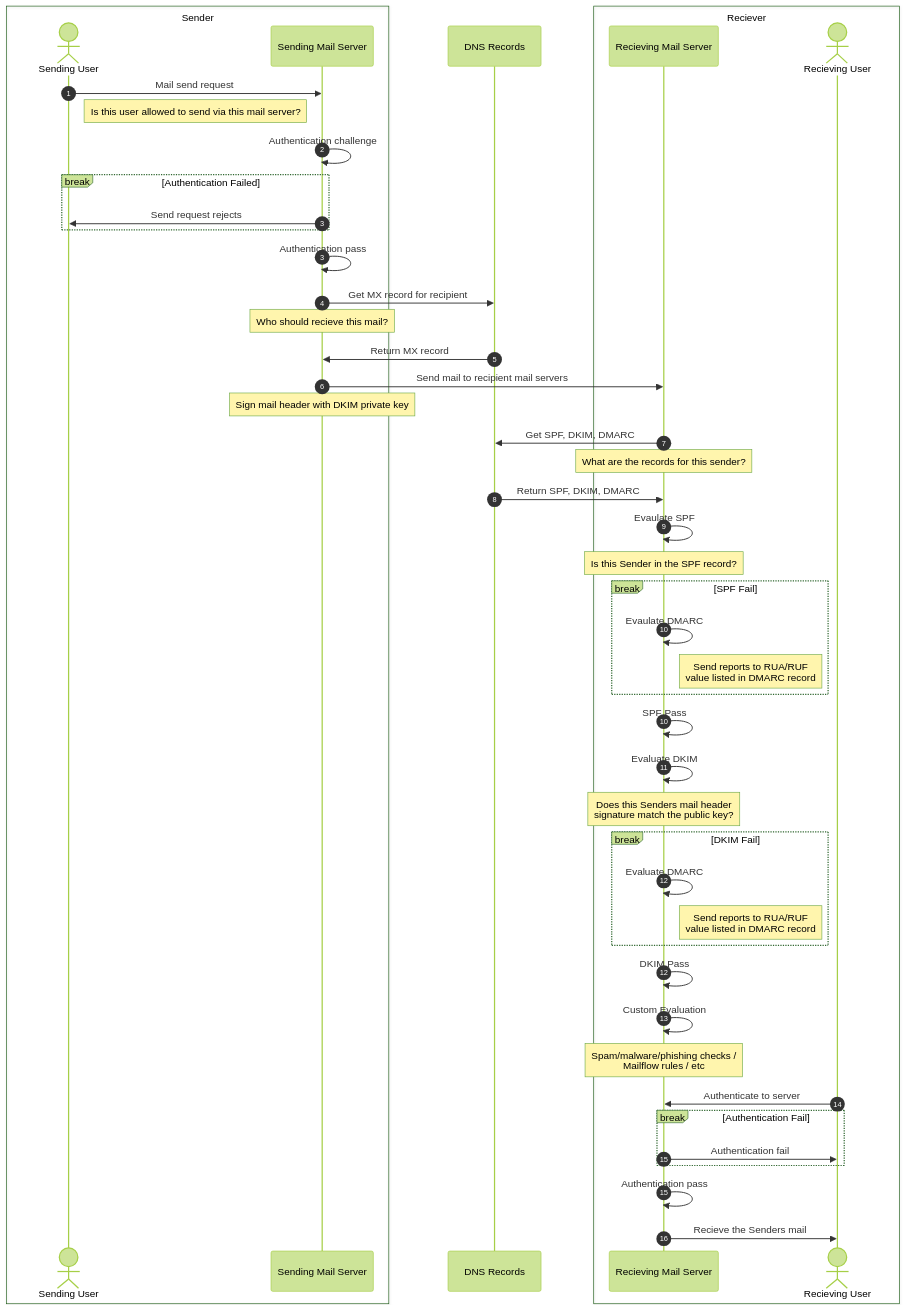
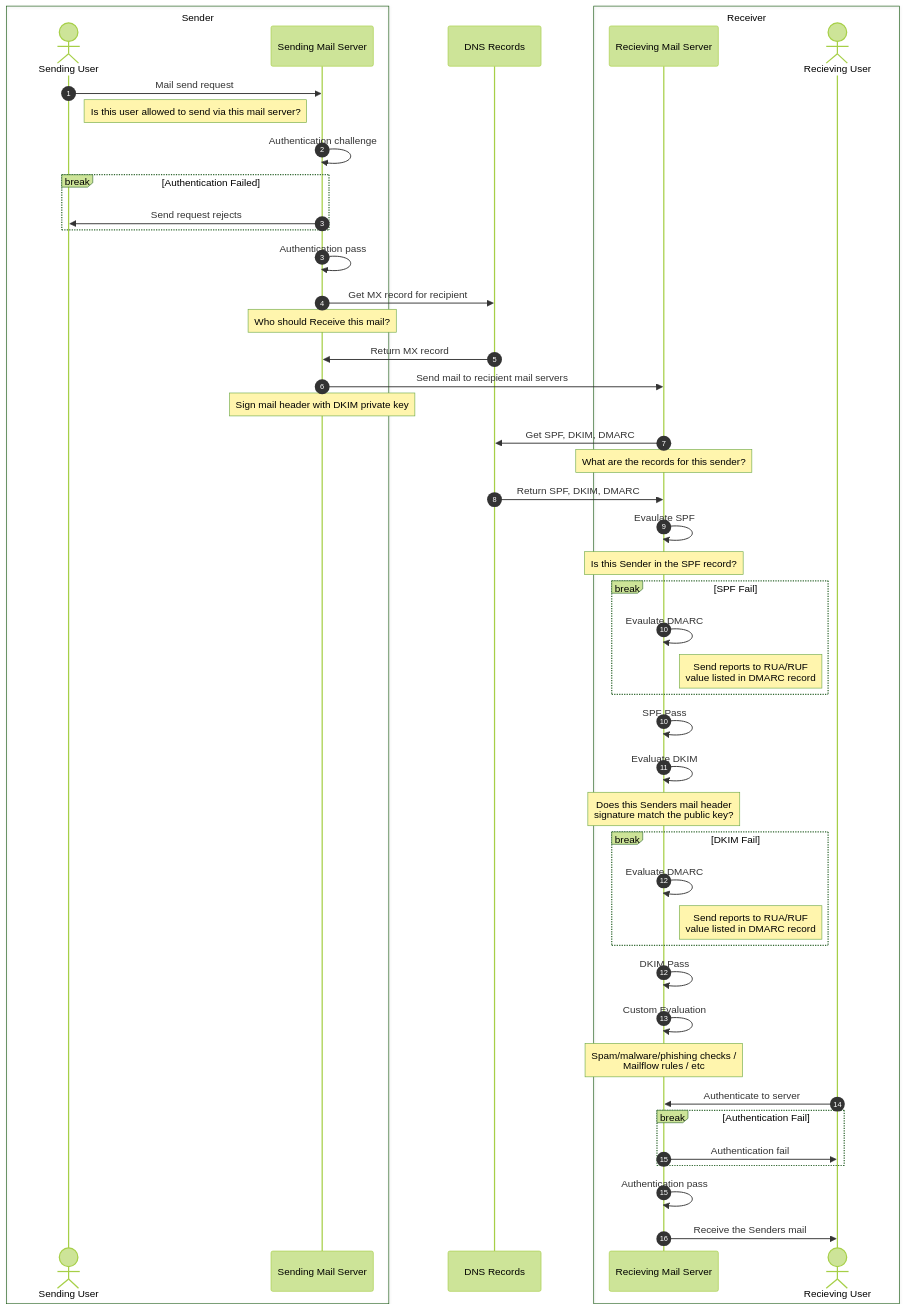
The diagram in knowledge_base/Email/index.md (CaelanDrayer/caelandrayer.ca), drawn with Mermaid (forest theme) before and after one commit. The commit also changed other lines of this file, not shown here.

````diff
--- a/knowledge_base/Email/index.md
+++ b/knowledge_base/Email/index.md
@@ -46,55 +46,55 @@
 ```mermaid
 sequenceDiagram
   autonumber
   Box Sender
   actor User as Sending User
   participant SMS as Sending Mail Server
   end
   participant DNS as DNS Records
-  box Reciever
+  box Receiver
   participant RMS as Recieving Mail Server
   actor RUser as Recieving User
   end
 
   User ->> SMS: Mail send request
   Note left of SMS: Is this user allowed to send via this mail server?
   SMS ->> SMS: Authentication challenge
   break Authentication Failed
     SMS ->> User: Send request rejects
   end
   autonumber 3
   SMS ->> SMS: Authentication pass
   SMS ->> DNS: Get MX record for recipient
-  Note over SMS: Who should recieve this mail?
+  Note over SMS: Who should Receive this mail?
   DNS ->> SMS: Return MX record
   SMS ->> RMS: Send mail to recipient mail servers
   Note over SMS: Sign mail header with DKIM private key
   RMS ->> DNS: Get SPF, DKIM, DMARC
   Note over RMS: What are the records for this sender?
   DNS ->> RMS: Return SPF, DKIM, DMARC
   RMS ->> RMS: Evaulate SPF
   Note over RMS: Is this Sender in the SPF record?
   break SPF Fail
     RMS ->> RMS: Evaulate DMARC
     note right of RMS: Send reports to RUA/RUF<br>value listed in DMARC record
   end
   autonumber 10
   RMS ->> RMS: SPF Pass
   RMS ->> RMS: Evaluate DKIM
   Note over RMS: Does this Senders mail header<br>signature match the public key?
   break DKIM Fail
     RMS ->> RMS: Evaluate DMARC
     note right of RMS: Send reports to RUA/RUF<br>value listed in DMARC record
   end
   autonumber 12
   RMS ->> RMS: DKIM Pass
   RMS ->> RMS: Custom Evaluation
   Note over RMS: Spam/malware/phishing checks /<br> Mailflow rules / etc
   RUser ->> RMS: Authenticate to server
   break Authentication Fail
     RMS ->> RUser: Authentication fail
   end
   autonumber 15
   RMS ->> RMS: Authentication pass
-  RMS ->> RUser: Recieve the Senders mail
+  RMS ->> RUser: Receive the Senders mail
 ```
````
